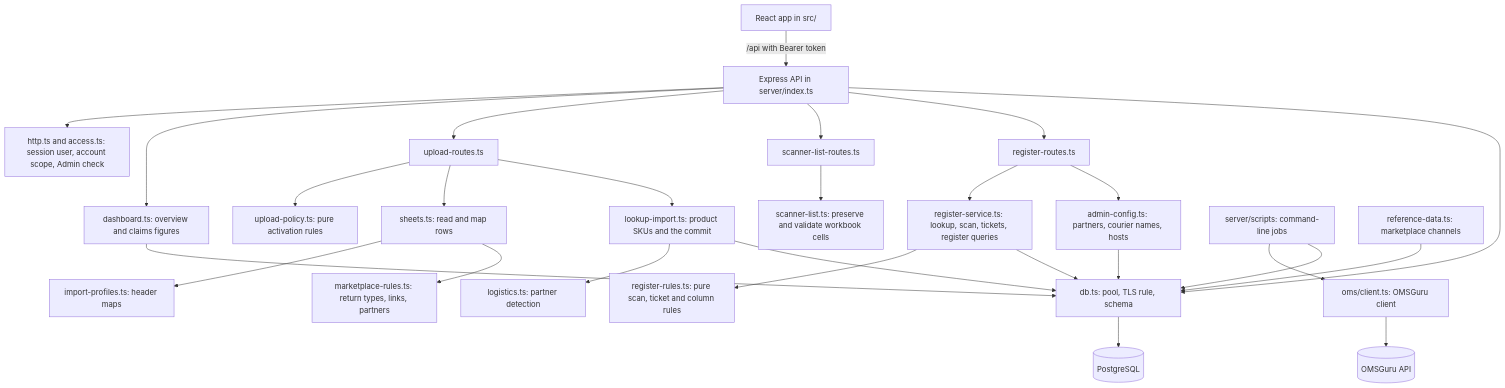
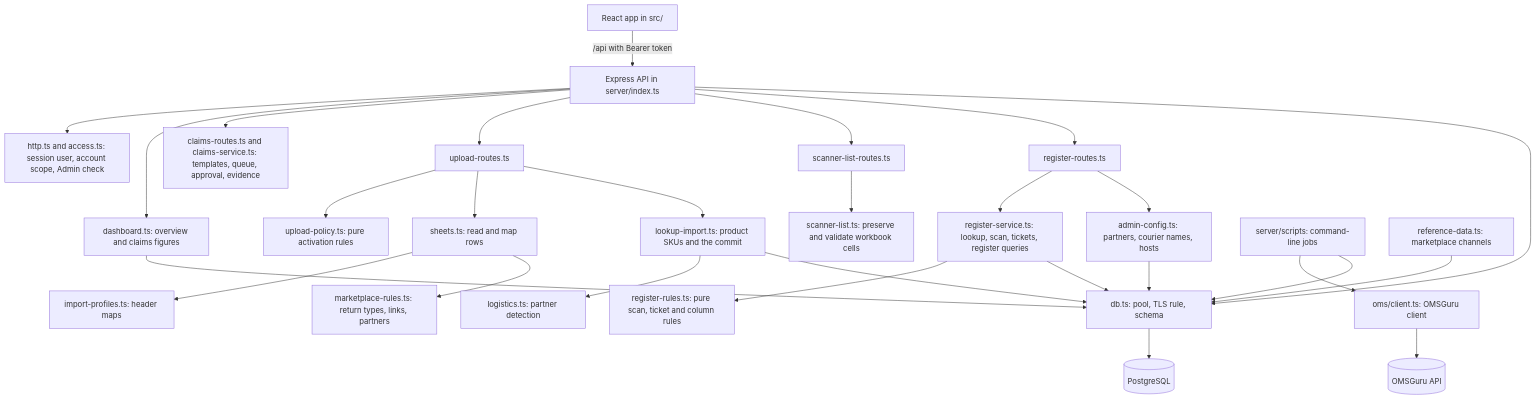
Before and after one commit to pawanshukla500/return-youthnic: the diagram in docs/ARCHITECTURE.md, drawn with Mermaid. The commit also changed other lines of this file and 13 other files, not shown here.

````diff
--- a/docs/ARCHITECTURE.md
+++ b/docs/ARCHITECTURE.md
@@ -14,29 +14,30 @@
 ```mermaid
 graph TD
   SPA[React app in src/] -->|/api with Bearer token| API[Express API in server/index.ts]
   API --> AUTH[http.ts and access.ts: session user, account scope, Admin check]
   API --> DASH[dashboard.ts: overview and claims figures]
+  API --> CLAIMS[claims-routes.ts and claims-service.ts: templates, queue, approval, evidence]
   API --> UP[upload-routes.ts]
   API --> SCANLIST[scanner-list-routes.ts]
   API --> REG[register-routes.ts]
   UP --> POL[upload-policy.ts: pure activation rules]
   UP --> SHEETS[sheets.ts: read and map rows]
   SCANLIST --> SCANNER[scanner-list.ts: preserve and validate workbook cells]
   UP --> LOOKUP[lookup-import.ts: product SKUs and the commit]
   SHEETS --> PROFILES[import-profiles.ts: header maps]
   SHEETS --> MRULES[marketplace-rules.ts: return types, links, partners]
   LOOKUP --> LOG[logistics.ts: partner detection]
   REG --> RSVC[register-service.ts: lookup, scan, tickets, register queries]
   RSVC --> RRULES[register-rules.ts: pure scan, ticket and column rules]
   REG --> ADMIN[admin-config.ts: partners, courier names, hosts]
   API --> DB[db.ts: pool, TLS rule, schema]
   RSVC --> DB
   DASH --> DB
   LOOKUP --> DB
   ADMIN --> DB
   DB --> PG[(PostgreSQL)]
   SCRIPTS[server/scripts: command-line jobs] --> OMSC[oms/client.ts: OMSGuru client]
   OMSC --> OMSAPI[(OMSGuru API)]
   SCRIPTS --> DB
   REF[reference-data.ts: marketplace channels] --> DB
 ```
````
